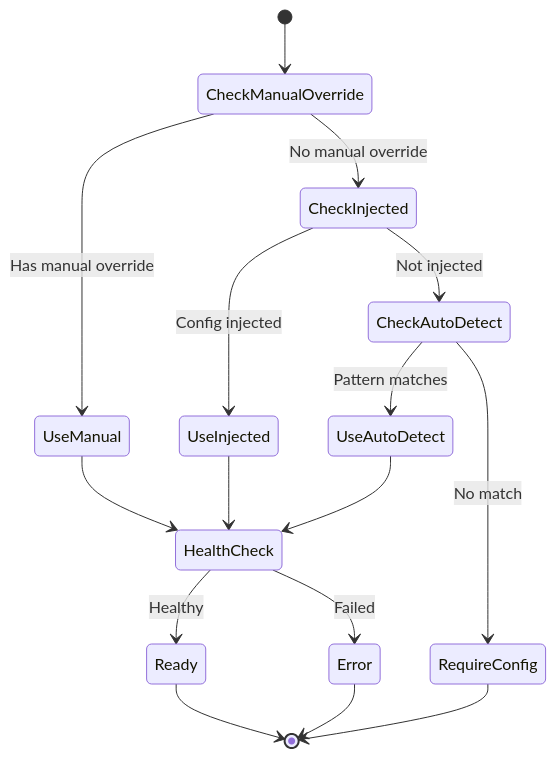
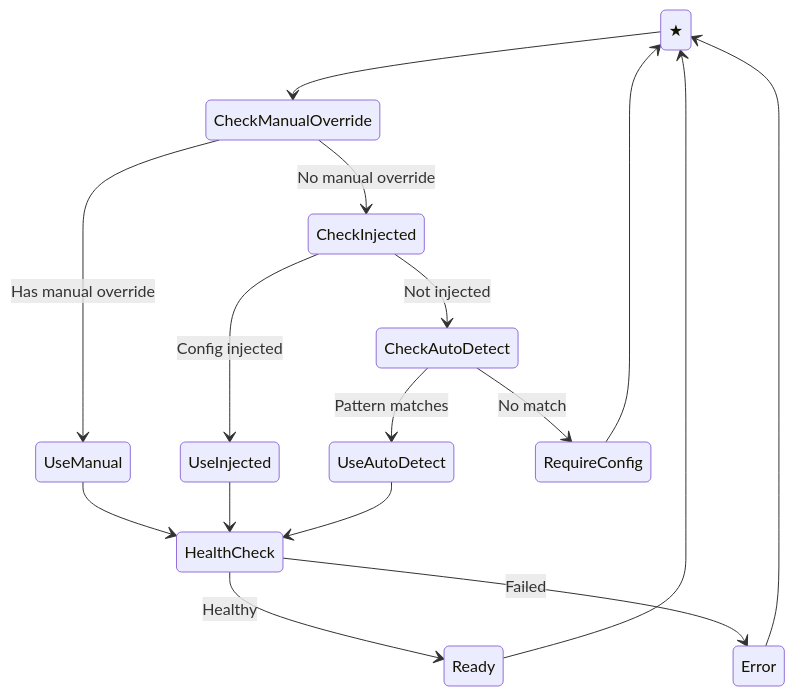
The second of 2 diagrams in docs/guides/auto-configuration.md (Underwood-Inc/strixun-stream-suite), drawn with Mermaid before and after one commit. The commit also changed other lines of this file and 609 other files, not shown here.

````diff
--- a/docs/guides/auto-configuration.md
+++ b/docs/guides/auto-configuration.md
@@ -237,24 +237,24 @@
 ```mermaid
 stateDiagram-v2
-    [*] --> CheckManualOverride
+    ★ --> CheckManualOverride
     
     CheckManualOverride --> UseManual: Has manual override
     CheckManualOverride --> CheckInjected: No manual override
     
     CheckInjected --> UseInjected: Config injected
     CheckInjected --> CheckAutoDetect: Not injected
     
     CheckAutoDetect --> UseAutoDetect: Pattern matches
     CheckAutoDetect --> RequireConfig: No match
     
     UseManual --> HealthCheck
     UseInjected --> HealthCheck
     UseAutoDetect --> HealthCheck
-    RequireConfig --> [*]
+    RequireConfig --> ★
     
     HealthCheck --> Ready: Healthy
     HealthCheck --> Error: Failed
     
-    Ready --> [*]
-    Error --> [*]
+    Ready --> ★
+    Error --> ★
 ```
````
